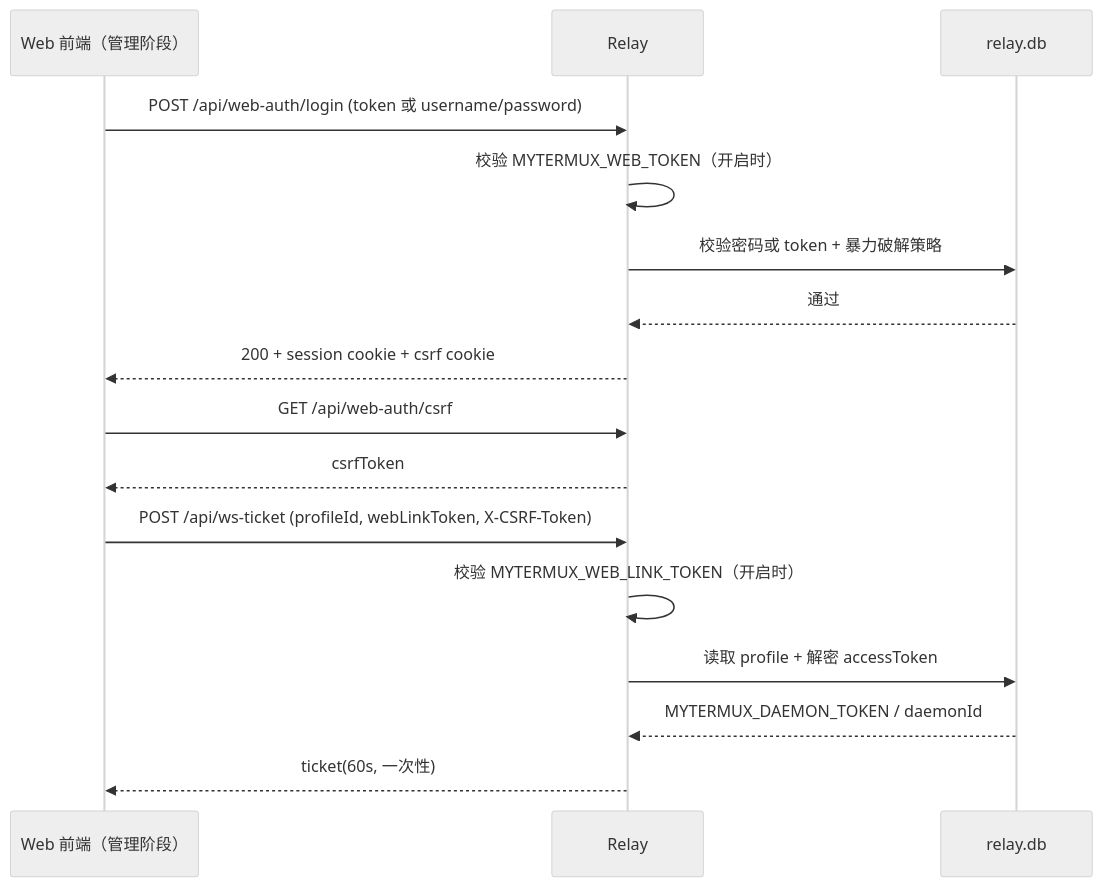
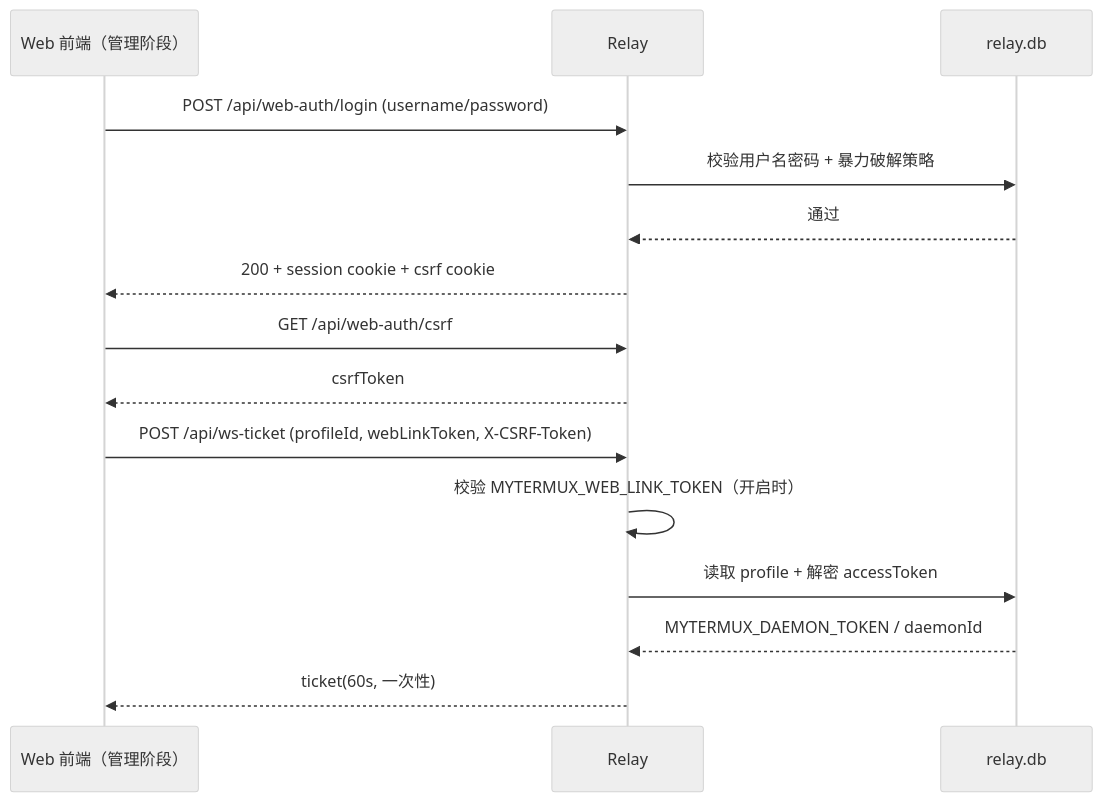
One commit to ShakaRover/MyTermux changed the second of 3 diagrams in docs/SERVICE_PROTOCOL_FLOW.md. Above: the diagram before and after it, drawn with Mermaid (neutral theme). The commit also changed 12 other files, not shown here.

Commit message:
refactor: 移除 MYTERMUX_WEB_TOKEN 登录模式并更新文档

````diff
--- a/docs/SERVICE_PROTOCOL_FLOW.md
+++ b/docs/SERVICE_PROTOCOL_FLOW.md
@@ -33,21 +33,20 @@
 ```mermaid
 sequenceDiagram
   participant W as Web 前端（管理阶段）
   participant R as Relay
   participant DB as relay.db
 
-  W->>R: POST /api/web-auth/login (token 或 username/password)
-  R->>R: 校验 MYTERMUX_WEB_TOKEN（开启时）
-  R->>DB: 校验密码或 token + 暴力破解策略
+  W->>R: POST /api/web-auth/login (username/password)
+  R->>DB: 校验用户名密码 + 暴力破解策略
   DB-->>R: 通过
   R-->>W: 200 + session cookie + csrf cookie
 
   W->>R: GET /api/web-auth/csrf
   R-->>W: csrfToken
 
   W->>R: POST /api/ws-ticket (profileId, webLinkToken, X-CSRF-Token)
   R->>R: 校验 MYTERMUX_WEB_LINK_TOKEN（开启时）
   R->>DB: 读取 profile + 解密 accessToken
   DB-->>R: MYTERMUX_DAEMON_TOKEN / daemonId
   R-->>W: ticket(60s, 一次性)
 ```
````
